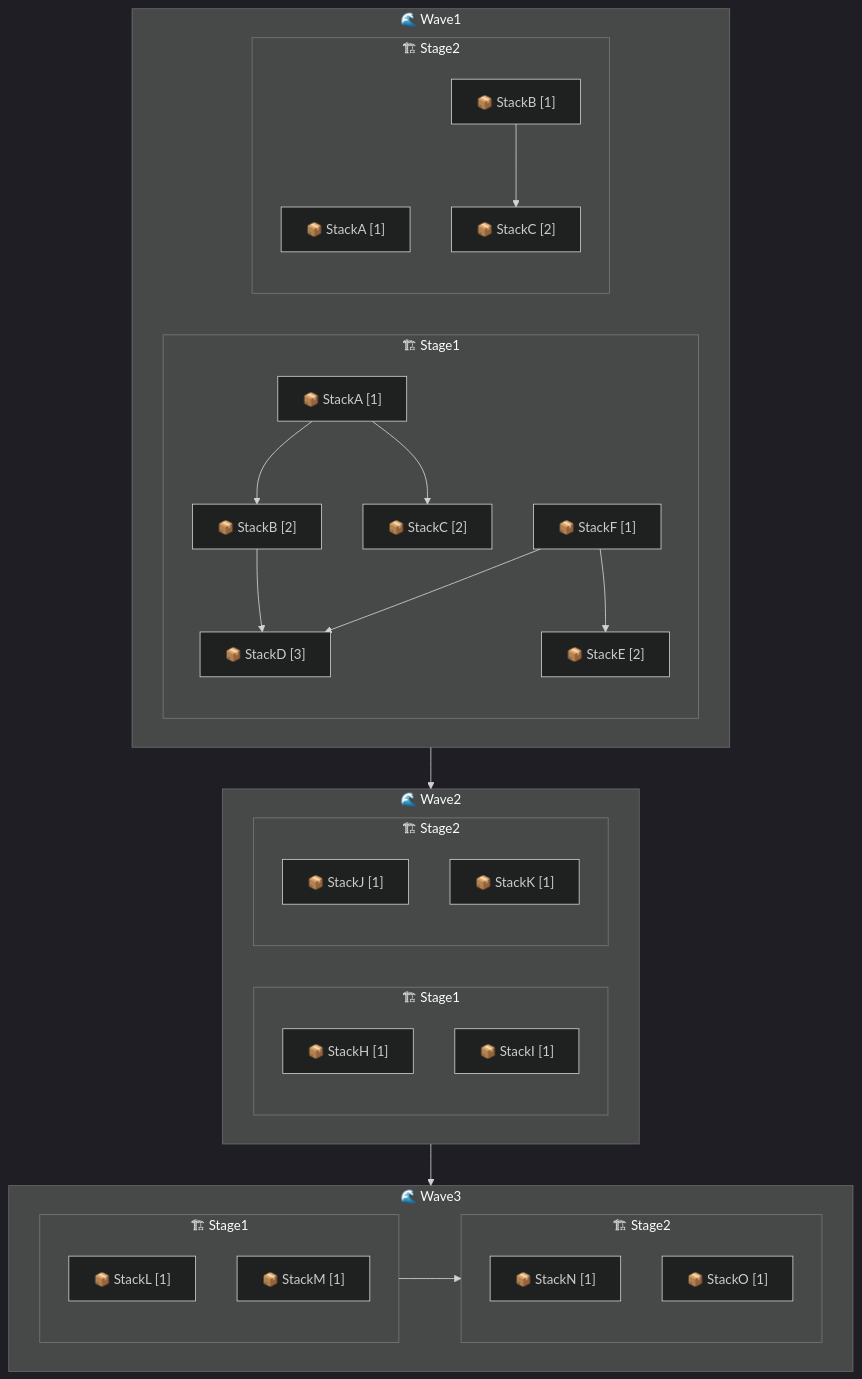
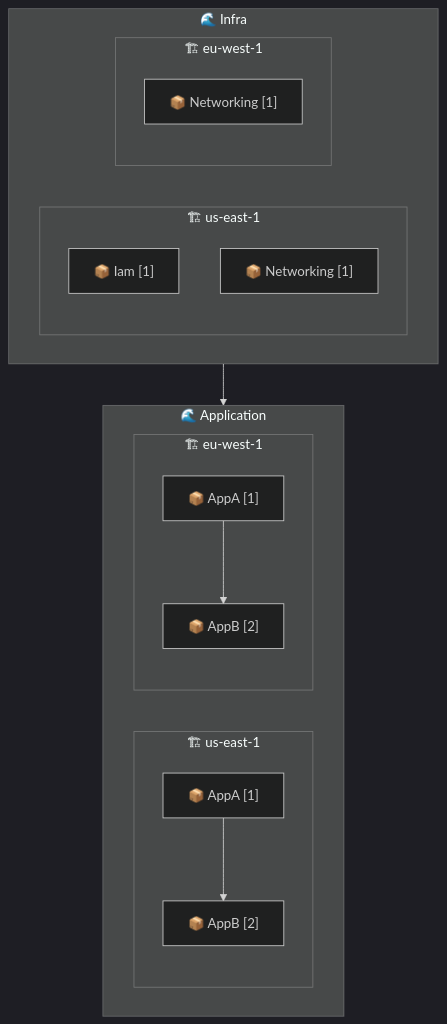
Before and after one commit to rehanvdm/cdk-express-pipeline: the diagram in README.md, drawn with Mermaid (dark theme). The commit also changed other lines of this file, not shown here.

````diff
--- a/README.md
+++ b/README.md
@@ -373,47 +97,25 @@
 ```mermaid
 graph TD
-    subgraph Wave0["🌊 Wave1"]
-        subgraph Wave0Stage0["🏗 Stage1"]
-            StackWave1_Stage1_StackA["📦 StackA [1]"]
-            StackWave1_Stage1_StackB["📦 StackB [2]"]
-            StackWave1_Stage1_StackC["📦 StackC [2]"]
-            StackWave1_Stage1_StackD["📦 StackD [3]"]
-            StackWave1_Stage1_StackE["📦 StackE [2]"]
-            StackWave1_Stage1_StackF["📦 StackF [1]"]
+    subgraph Wave0["🌊 Infra"]
+        subgraph Wave0Stage0["🏗 us-east-1"]
+            StackInfra_us_east_1_Iam["📦 Iam [1]"]
+            StackInfra_us_east_1_Networking["📦 Networking [1]"]
         end
-        subgraph Wave0Stage1["🏗 Stage2"]
-            StackWave1_Stage2_StackA["📦 StackA [1]"]
-            StackWave1_Stage2_StackB["📦 StackB [1]"]
-            StackWave1_Stage2_StackC["📦 StackC [2]"]
+        subgraph Wave0Stage1["🏗 eu-west-1"]
+            StackInfra_eu_west_1_Networking["📦 Networking [1]"]
         end
     end
-    StackWave1_Stage1_StackA --> StackWave1_Stage1_StackB
-    StackWave1_Stage1_StackA --> StackWave1_Stage1_StackC
-    StackWave1_Stage1_StackB --> StackWave1_Stage1_StackD
-    StackWave1_Stage1_StackF --> StackWave1_Stage1_StackD
-    StackWave1_Stage1_StackF --> StackWave1_Stage1_StackE
-    StackWave1_Stage2_StackB --> StackWave1_Stage2_StackC
-    subgraph Wave1["🌊 Wave2"]
-        subgraph Wave1Stage0["🏗 Stage1"]
-            StackWave2_Stage1_StackH["📦 StackH [1]"]
-            StackWave2_Stage1_StackI["📦 StackI [1]"]
+    subgraph Wave1["🌊 Application"]
+        subgraph Wave1Stage0["🏗 us-east-1"]
+            StackApplication_us_east_1_AppA["📦 AppA [1]"]
+            StackApplication_us_east_1_AppB["📦 AppB [2]"]
         end
-        subgraph Wave1Stage1["🏗 Stage2"]
-            StackWave2_Stage2_StackJ["📦 StackJ [1]"]
-            StackWave2_Stage2_StackK["📦 StackK [1]"]
+        subgraph Wave1Stage1["🏗 eu-west-1"]
+            StackApplication_eu_west_1_AppA["📦 AppA [1]"]
+            StackApplication_eu_west_1_AppB["📦 AppB [2]"]
         end
     end
-    subgraph Wave2["🌊 Wave3"]
-        subgraph Wave2Stage0["🏗 Stage1"]
-            StackWave3_Stage1_StackL["📦 StackL [1]"]
-            StackWave3_Stage1_StackM["📦 StackM [1]"]
-        end
-        subgraph Wave2Stage1["🏗 Stage2"]
-            StackWave3_Stage2_StackN["📦 StackN [1]"]
-            StackWave3_Stage2_StackO["📦 StackO [1]"]
-        end
-        Wave2Stage0 --> Wave2Stage1
-    end
+    StackApplication_us_east_1_AppA --> StackApplication_us_east_1_AppB
+    StackApplication_eu_west_1_AppA --> StackApplication_eu_west_1_AppB
     Wave0 --> Wave1
-    Wave1 --> Wave2
 ```
````
